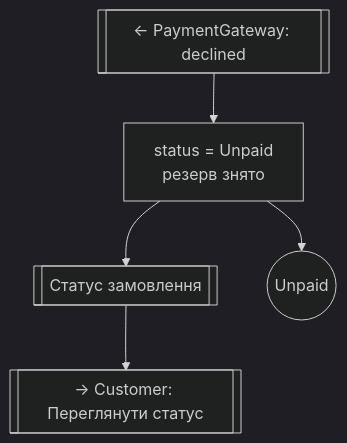
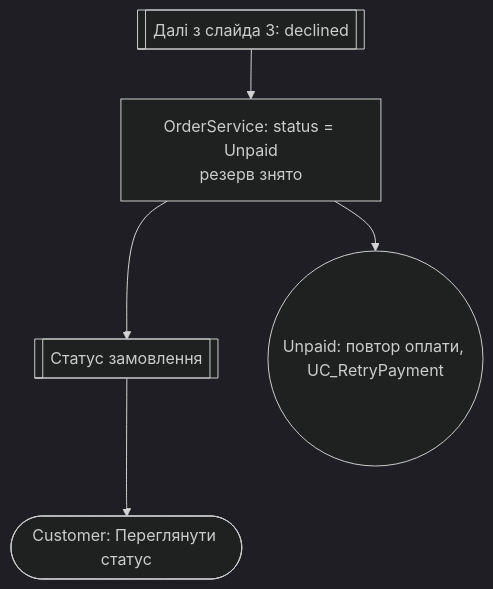
Before and after one commit to Stefect/Modeling-and-Analysis-of-Software-Requirements: the sixth of 6 diagrams in task-4/activity.md, drawn with Mermaid (dark theme). The commit also changed other lines of this file and 3 other files, not shown here.

````diff
--- a/task-4/activity.md
+++ b/task-4/activity.md
@@ -91,7 +73,7 @@
 ```mermaid
 flowchart TB
-    P_no[[← PaymentGateway: declined]] --> O9[status = Unpaid<br/>резерв знято]
+    IN6[[Далі з слайда 3: declined]] --> O9[OrderService: status = Unpaid<br/>резерв знято]
     O9 --> O11[[Статус замовлення]]
-    O11 --> O11out[[→ Customer: Переглянути статус]]
-    O9 --> UNP((Unpaid))
+    O11 --> C3e([Customer: Переглянути статус])
+    O9 --> UNP((Unpaid: повтор оплати, UC_RetryPayment))
 ```
````
